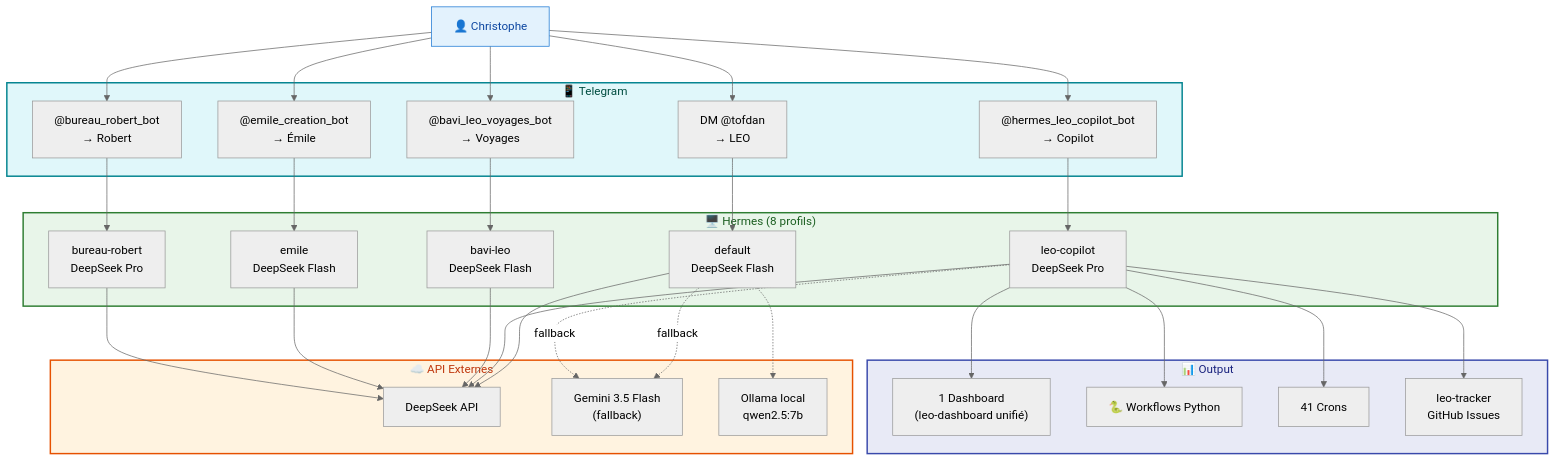
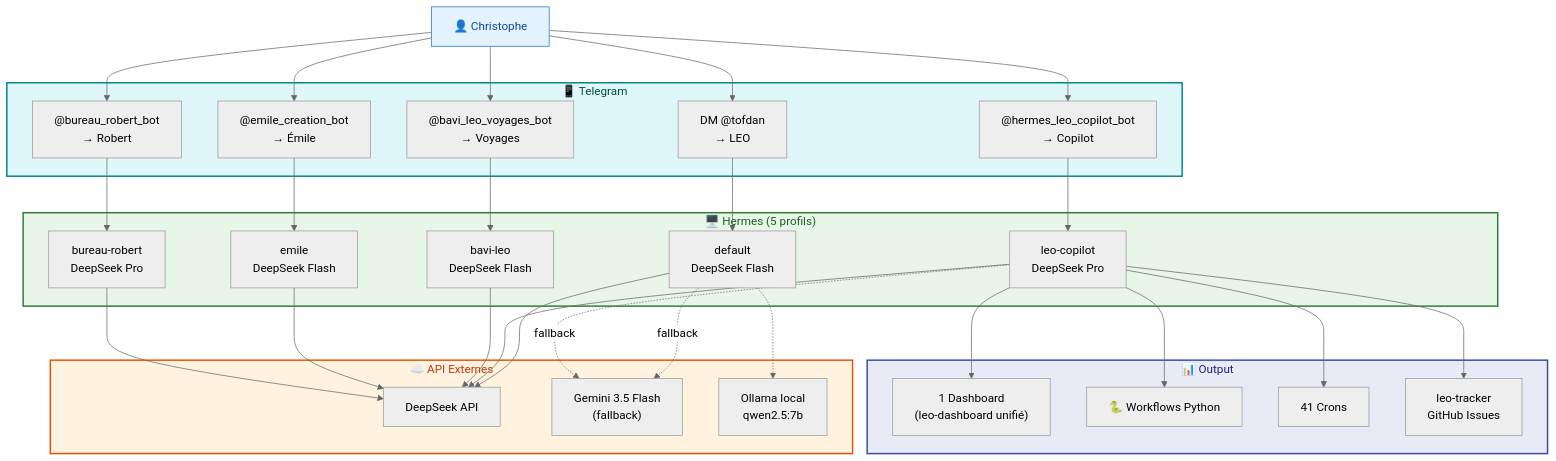
Before and after one commit to christophedanhier-hash/hermes-wiki: the fifth of 5 diagrams in docs/hermes/architecture-communication.md, drawn with Mermaid (neutral theme). The commit also changed other lines of this file and 56 other files, not shown here.

````diff
--- a/docs/hermes/architecture-communication.md
+++ b/docs/hermes/architecture-communication.md
@@ -209,66 +209,66 @@
 ```mermaid
 flowchart TB
     User["👤 Christophe"]
 
     subgraph TELEGRAM["📱 Telegram"]
         DM["DM @tofdan<br/>→ LEO"]
         COP["@hermes_leo_copilot_bot<br/>→ Copilot"]
         VOY["@bavi_leo_voyages_bot<br/>→ Voyages"]
         EMI["@emile_creation_bot<br/>→ Émile"]
         ROB["@bureau_robert_bot<br/>→ Robert"]
     end
 
-    subgraph HERMES["🖥️ Hermes (8 profils)"]
+    subgraph HERMES["🖥️ Hermes (5 profils)"]
         DEF["default<br/>DeepSeek Flash"]
         LCP["leo-copilot<br/>DeepSeek Pro"]
         BAV["bavi-leo<br/>DeepSeek Flash"]
         EMILE["emile<br/>DeepSeek Flash"]
         BUR["bureau-robert<br/>DeepSeek Pro"]
     end
 
     subgraph API["☁️ API Externes"]
         DS["DeepSeek API"]
         GEM["Gemini 3.5 Flash<br/>(fallback)"]
         OLL["Ollama local<br/>qwen2.5:7b"]
     end
 
     subgraph OUTPUT["📊 Output"]
         DASH["1 Dashboard<br/>(leo-dashboard unifié)"]
         WFL["🐍 Workflows Python"]
         CRON["41 Crons"]
         ISSUES["leo-tracker<br/>GitHub Issues"]
     end
 
     User --> DM
     User --> COP
     User --> VOY
     User --> EMI
     User --> ROB
 
     DM --> DEF
     COP --> LCP
     VOY --> BAV
     EMI --> EMILE
     ROB --> BUR
 
     DEF --> DS
     LCP --> DS
     BAV --> DS
     EMILE --> DS
     BUR --> DS
 
     DEF -.->|"fallback"| GEM
     DEF -.-> OLL
     LCP -.->|"fallback"| GEM
 
     LCP --> DASH
     LCP --> WFL
     LCP --> CRON
     LCP --> ISSUES
 
     style User fill:#e3f2fd,stroke:#1976d2,color:#0d47a1
     style TELEGRAM fill:#e0f7fa,stroke:#00838f,stroke-width:2px,color:#004d40
     style HERMES fill:#e8f5e9,stroke:#2e7d32,stroke-width:2px,color:#1b5e20
     style API fill:#fff3e0,stroke:#e65100,stroke-width:2px,color:#bf360c
     style OUTPUT fill:#e8eaf6,stroke:#3949ab,stroke-width:2px,color:#1a237e
 ```
````
